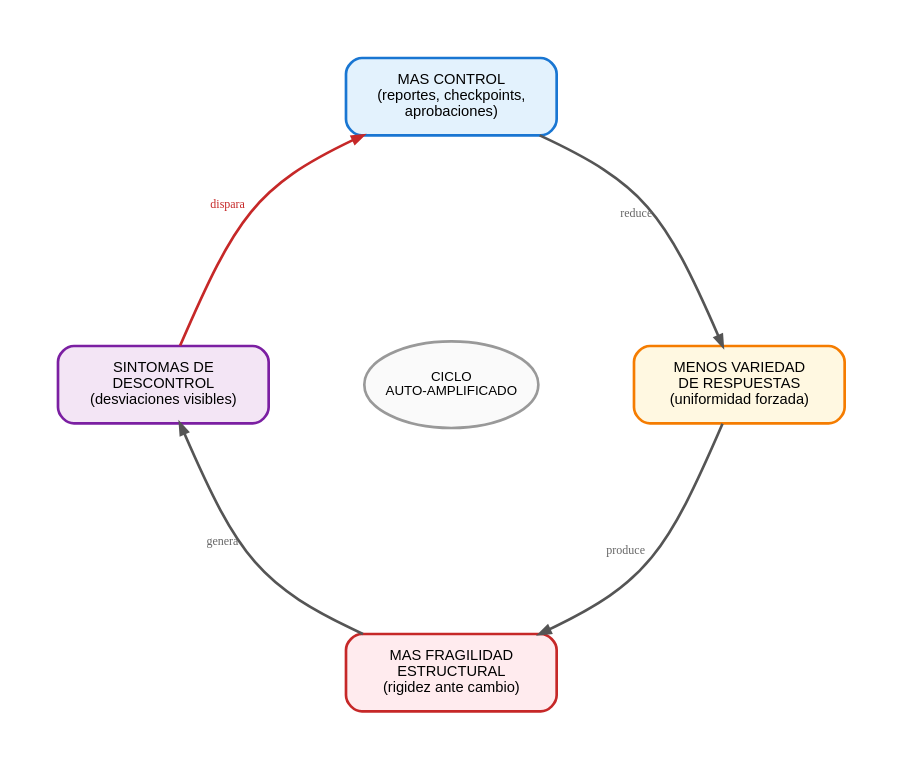
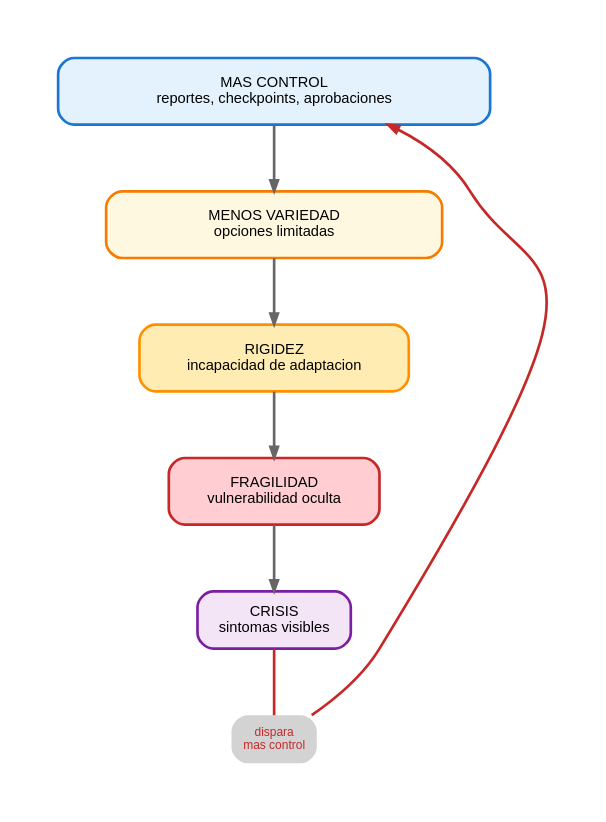
Before and after one commit to gonzalezulises/mas-control-mas-caos: the diagram in assets/diagrams/B2-paradoja-control.dot, drawn with Graphviz.

Commit message:
Redesign B2 control paradox diagram as funnel
Changed from circular loop to funnel design to visually
differentiate from B1 diagram. Shows progression from
control → less variety → rigidity → fragility → crisis.

🤖 Generated with [Claude Code](https://claude.com/claude-code)

```diff
--- a/assets/diagrams/B2-paradoja-control.dot
+++ b/assets/diagrams/B2-paradoja-control.dot
@@ -1,39 +1,55 @@
-digraph ParadojaControl {
-    // Layout circular
-    layout=neato;
+digraph ParadojaControlEmbudo {
+    // Layout
+    layout=dot;
+    rankdir=TB;
     bgcolor="white";
     pad=0.5;
-    splines=curved;
+    nodesep=0.6;
+    ranksep=0.7;
 
     // Estilo global
     node [
         shape=box,
         style="rounded,filled",
         fontname="Arial",
         fontsize=11,
-        width=2.2,
-        height=0.8,
         penwidth=2
     ];
 
     edge [
         penwidth=2,
-        color="#555555",
+        color="#666666",
         arrowsize=0.8
     ];
 
-    // Nodos del loop - posiciones fijas en circulo
-    A [label="MAS CONTROL\n(reportes, checkpoints,\naprobaciones)", fillcolor="#e3f2fd", color="#1976d2", pos="0,3!"];
-    B [label="MENOS VARIEDAD\nDE RESPUESTAS\n(uniformidad forzada)", fillcolor="#fff8e1", color="#f57c00", pos="3,0!"];
-    C [label="MAS FRAGILIDAD\nESTRUCTURAL\n(rigidez ante cambio)", fillcolor="#ffebee", color="#c62828", pos="0,-3!"];
-    D [label="SINTOMAS DE\nDESCONTROL\n(desviaciones visibles)", fillcolor="#f3e5f5", color="#7b1fa2", pos="-3,0!"];
+    // Nivel 1 - Mas ancho (control)
+    A [label="MAS CONTROL\nreportes, checkpoints, aprobaciones",
+       fillcolor="#e3f2fd", color="#1976d2", width=4.5, height=0.7];
 
-    // Conexiones del loop
-    A -> B [label="reduce", fontsize=9, fontcolor="#666666"];
-    B -> C [label="produce", fontsize=9, fontcolor="#666666"];
-    C -> D [label="genera", fontsize=9, fontcolor="#666666"];
-    D -> A [label="dispara", fontsize=9, fontcolor="#c62828", style=bold, color="#c62828"];
+    // Nivel 2
+    B [label="MENOS VARIEDAD\nopciones limitadas",
+       fillcolor="#fff8e1", color="#f57c00", width=3.5, height=0.7];
 
-    // Centro - efecto
-    centro [label="CICLO\nAUTO-AMPLIFICADO", shape=ellipse, fillcolor="#fafafa", color="#999999", width=1.8, height=0.9, fontsize=10, pos="0,0!"];
+    // Nivel 3
+    C [label="RIGIDEZ\nincapacidad de adaptacion",
+       fillcolor="#ffecb3", color="#ff8f00", width=2.8, height=0.7];
+
+    // Nivel 4 - Mas estrecho
+    D [label="FRAGILIDAD\nvulnerabilidad oculta",
+       fillcolor="#ffcdd2", color="#c62828", width=2.2, height=0.7];
+
+    // Nivel 5 - Punto critico
+    E [label="CRISIS\nsintomas visibles",
+       fillcolor="#f3e5f5", color="#7b1fa2", width=1.6, height=0.6];
+
+    // Conexiones descendentes
+    A -> B;
+    B -> C;
+    C -> D;
+    D -> E;
+
+    // Flecha de retorno (el ciclo)
+    feedback [label="dispara\nmas control", shape=plaintext, fontsize=9, fontcolor="#c62828"];
+    E -> feedback [color="#c62828", style=bold, arrowhead=none];
+    feedback -> A [color="#c62828", style=bold, constraint=false];
 }
```
